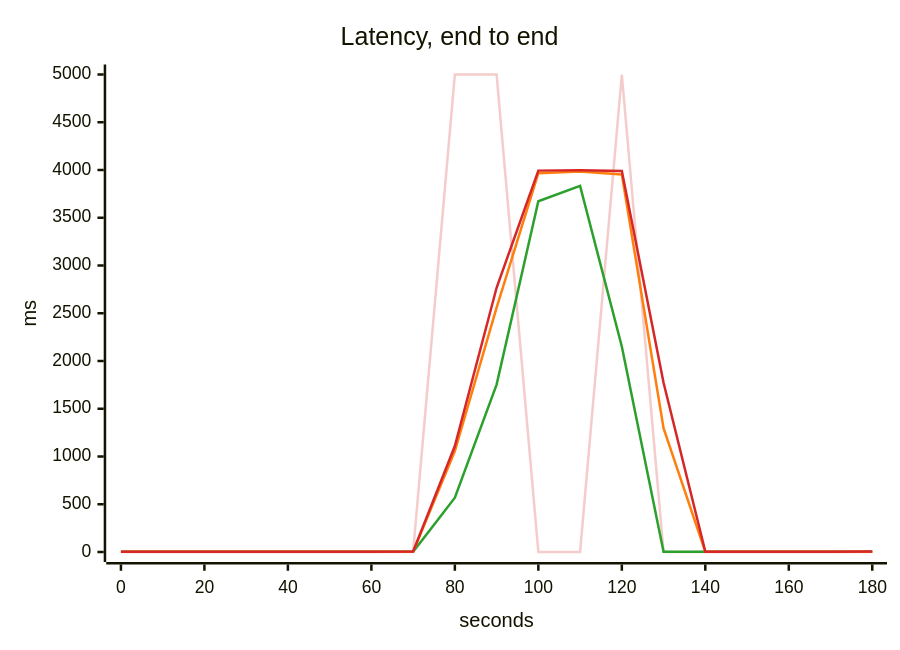
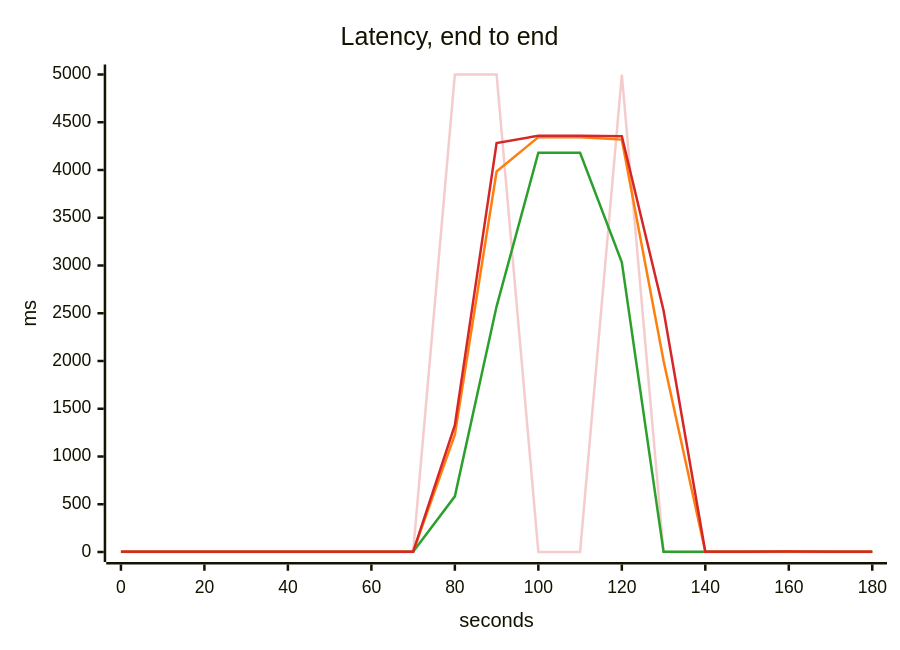
One commit to akinfemi/load-lore changed the third of 5 diagrams in scenarios/featured-on-hacker-news/solutions/scale-on-inflight/report.md. Above: the diagram before and after it, drawn with Mermaid. The commit also changed other lines of this file and 49 other files, not shown here.

````diff
--- a/scenarios/featured-on-hacker-news/solutions/scale-on-inflight/report.md
+++ b/scenarios/featured-on-hacker-news/solutions/scale-on-inflight/report.md
@@ -56,17 +56,17 @@
 ```mermaid
 ---
 config:
   themeVariables:
     xyChart:
       backgroundColor: "transparent"
       plotColorPalette: "#f4cccc, #2ca02c, #ff7f0e, #d62728"
 ---
 xychart-beta
     title "Latency, end to end"
     x-axis "seconds" 0 --> 180
     y-axis "ms" 0 --> 5000
     line [0, 0, 0, 0, 0, 0, 0, 0, 5000, 5000, 0, 0, 5000, 0, 0, 0, 0, 0, 0]
-    line [1.688, 1.637, 1.7, 1.661, 1.695, 1.654, 1.371, 1.325, 567.931, 1752.844, 3672.664, 3833.746, 2152.189, 1.43, 1.379, 1.377, 1.377, 1.377, 1.375]
-    line [2.289, 2.26, 2.447, 2.272, 2.426, 2.415, 1.769, 1.579, 1055.762, 2558.091, 3967.266, 3983.375, 3954.013, 1295.792, 1.969, 1.913, 1.847, 2.001, 2.029]
-    line [2.765, 2.525, 2.736, 2.525, 2.753, 2.679, 2.116, 4.564, 1109.663, 2766.903, 3993.453, 3996.675, 3990.803, 1772.422, 3.894, 3.156, 2.581, 3.491, 3.975]
+    line [2.314, 2.31, 2.052, 2.046, 2.044, 2.045, 2.025, 2.001, 582.726, 2572.566, 4181.015, 4181.015, 3034.336, 2.008, 1.949, 1.946, 1.951, 1.96, 1.955]
+    line [2.525, 2.524, 2.315, 2.284, 2.283, 2.294, 2.266, 2.244, 1228.493, 3984.915, 4343.929, 4343.929, 4318.214, 2001.81, 2.294, 2.259, 2.303, 2.312, 2.278]
+    line [2.792, 2.7, 2.491, 2.323, 2.333, 2.488, 2.319, 2.319, 1327.203, 4282.342, 4358.411, 4358.411, 4353.386, 2528.292, 3.231, 2.794, 4.356, 3.144, 2.906]
 ```
````
